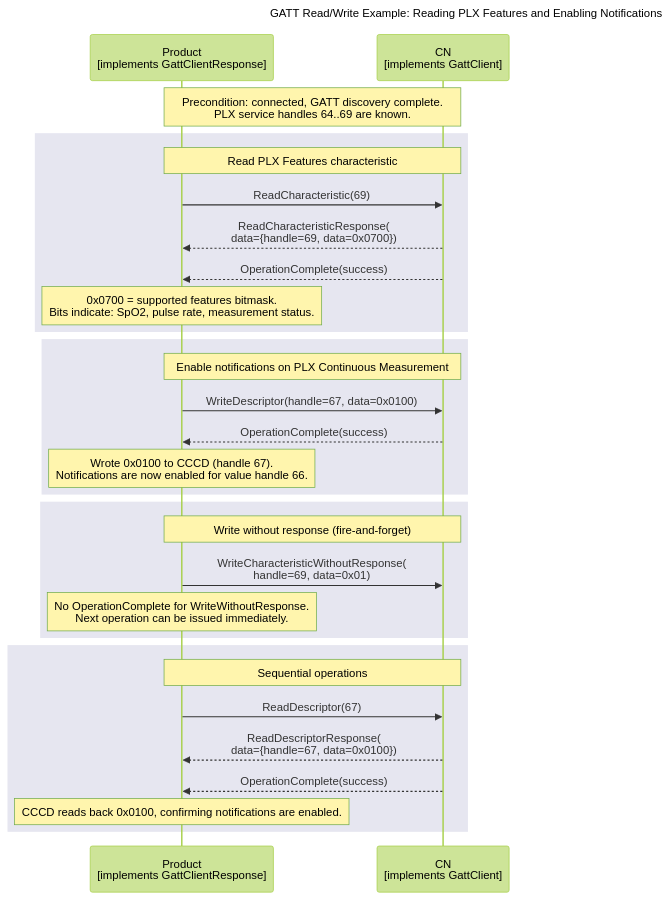
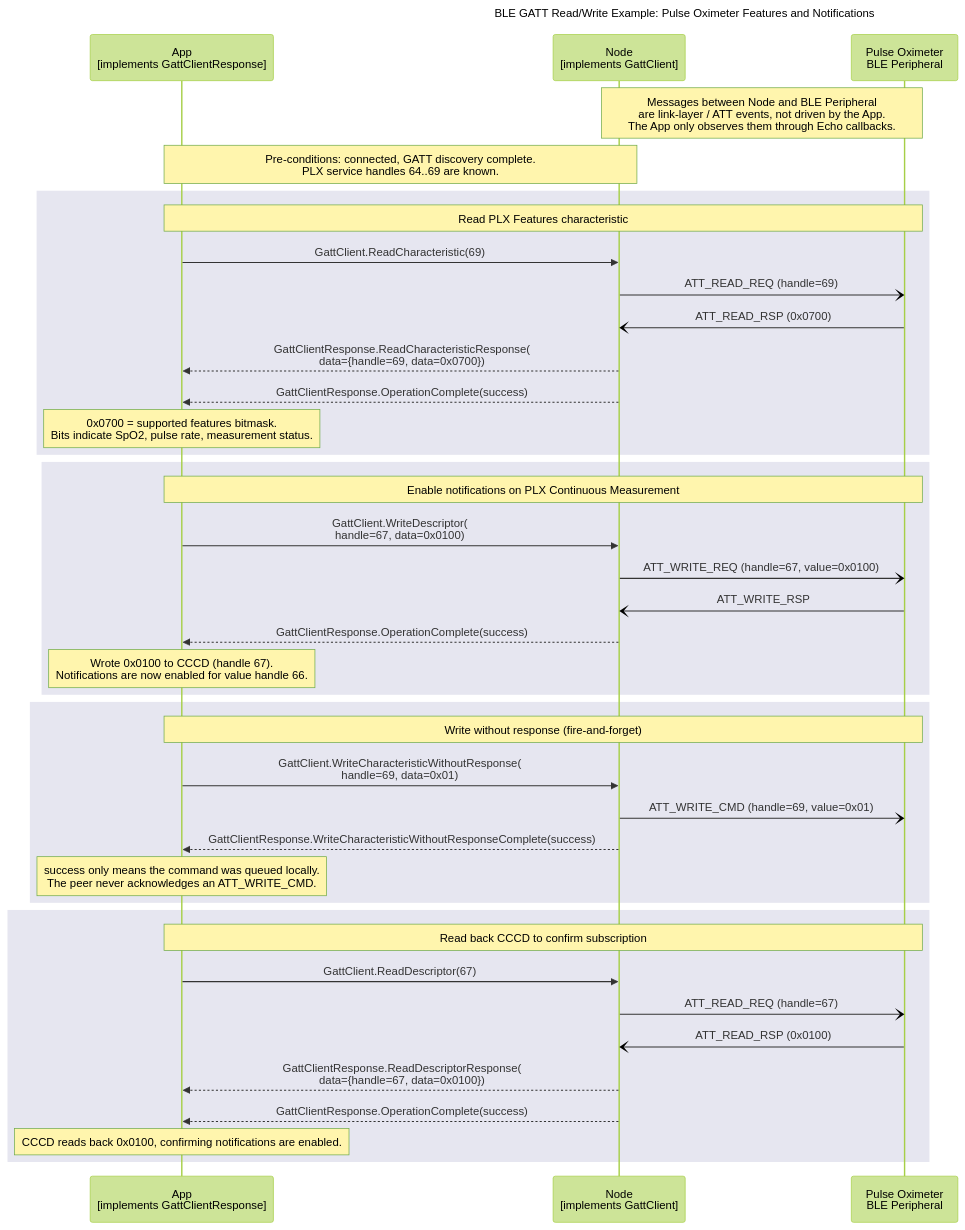
The diagram in documents/modules/ROOT/partials/echoservices/gatt_client/GattClient_ReadWrite_sequence_example.mmd (philips-software/amp-embedded-infra-lib), drawn with Mermaid (forest theme) before and after one commit. The commit also changed 25 other files, not shown here.

Commit message:
align maturity with gap uml diagrams

```diff
--- a/documents/modules/ROOT/partials/echoservices/gatt_client/GattClient_ReadWrite_sequence_example.mmd
+++ b/documents/modules/ROOT/partials/echoservices/gatt_client/GattClient_ReadWrite_sequence_example.mmd
@@ -1,40 +1,50 @@
 sequenceDiagram
-    title GATT Read/Write Example: Reading PLX Features and Enabling Notifications
+    title BLE GATT Read/Write Example: Pulse Oximeter Features and Notifications
 
-    participant Product as Product<br>[implements GattClientResponse]
-    participant CN as CN<br>[implements GattClient]
+    participant App as App<br>[implements GattClientResponse]
+    participant Node as Node<br>[implements GattClient]
+    participant Peripheral as Pulse Oximeter<br>BLE Peripheral
 
-    note over Product, CN: Precondition: connected, GATT discovery complete.<br>PLX service handles 64..69 are known.
+    Note over Node, Peripheral: Messages between Node and BLE Peripheral<br>are link-layer / ATT events, not driven by the App.<br>The App only observes them through Echo callbacks.
+    Note over App, Node: Pre-conditions: connected, GATT discovery complete.<br>PLX service handles 64..69 are known.
 
     rect rgb(230, 230, 240)
-        note over Product, CN: Read PLX Features characteristic
-        Product->>CN: ReadCharacteristic(69)
-        CN-->>Product: ReadCharacteristicResponse(<br>data={handle=69, data=0x0700})
-        CN-->>Product: OperationComplete(success)
+        note over App, Peripheral: Read PLX Features characteristic
+        App->>Node: GattClient.ReadCharacteristic(69)
+        Node-)Peripheral: ATT_READ_REQ (handle=69)
+        Peripheral-)Node: ATT_READ_RSP (0x0700)
+        Node-->>App: GattClientResponse.ReadCharacteristicResponse(<br>data={handle=69, data=0x0700})
+        Node-->>App: GattClientResponse.OperationComplete(success)
 
-        note over Product: 0x0700 = supported features bitmask.<br>Bits indicate: SpO2, pulse rate, measurement status.
+        note over App: 0x0700 = supported features bitmask.<br>Bits indicate SpO2, pulse rate, measurement status.
     end
 
     rect rgb(230, 230, 240)
-        note over Product, CN: Enable notifications on PLX Continuous Measurement
-        Product->>CN: WriteDescriptor(handle=67, data=0x0100)
-        CN-->>Product: OperationComplete(success)
+        note over App, Peripheral: Enable notifications on PLX Continuous Measurement
+        App->>Node: GattClient.WriteDescriptor(<br>handle=67, data=0x0100)
+        Node-)Peripheral: ATT_WRITE_REQ (handle=67, value=0x0100)
+        Peripheral-)Node: ATT_WRITE_RSP
+        Node-->>App: GattClientResponse.OperationComplete(success)
 
-        note over Product: Wrote 0x0100 to CCCD (handle 67).<br>Notifications are now enabled for value handle 66.
+        note over App: Wrote 0x0100 to CCCD (handle 67).<br>Notifications are now enabled for value handle 66.
     end
 
     rect rgb(230, 230, 240)
-        note over Product, CN: Write without response (fire-and-forget)
-        Product->>CN: WriteCharacteristicWithoutResponse(<br>handle=69, data=0x01)
+        note over App, Peripheral: Write without response (fire-and-forget)
+        App->>Node: GattClient.WriteCharacteristicWithoutResponse(<br>handle=69, data=0x01)
+        Node-)Peripheral: ATT_WRITE_CMD (handle=69, value=0x01)
+        Node-->>App: GattClientResponse.WriteCharacteristicWithoutResponseComplete(success)
 
-        note over Product: No OperationComplete for WriteWithoutResponse.<br>Next operation can be issued immediately.
+        note over App: success only means the command was queued locally.<br>The peer never acknowledges an ATT_WRITE_CMD.
     end
 
     rect rgb(230, 230, 240)
-        note over Product, CN: Sequential operations
-        Product->>CN: ReadDescriptor(67)
-        CN-->>Product: ReadDescriptorResponse(<br>data={handle=67, data=0x0100})
-        CN-->>Product: OperationComplete(success)
+        note over App, Peripheral: Read back CCCD to confirm subscription
+        App->>Node: GattClient.ReadDescriptor(67)
+        Node-)Peripheral: ATT_READ_REQ (handle=67)
+        Peripheral-)Node: ATT_READ_RSP (0x0100)
+        Node-->>App: GattClientResponse.ReadDescriptorResponse(<br>data={handle=67, data=0x0100})
+        Node-->>App: GattClientResponse.OperationComplete(success)
 
-        note over Product: CCCD reads back 0x0100, confirming notifications are enabled.
+        note over App: CCCD reads back 0x0100, confirming notifications are enabled.
     end
```
